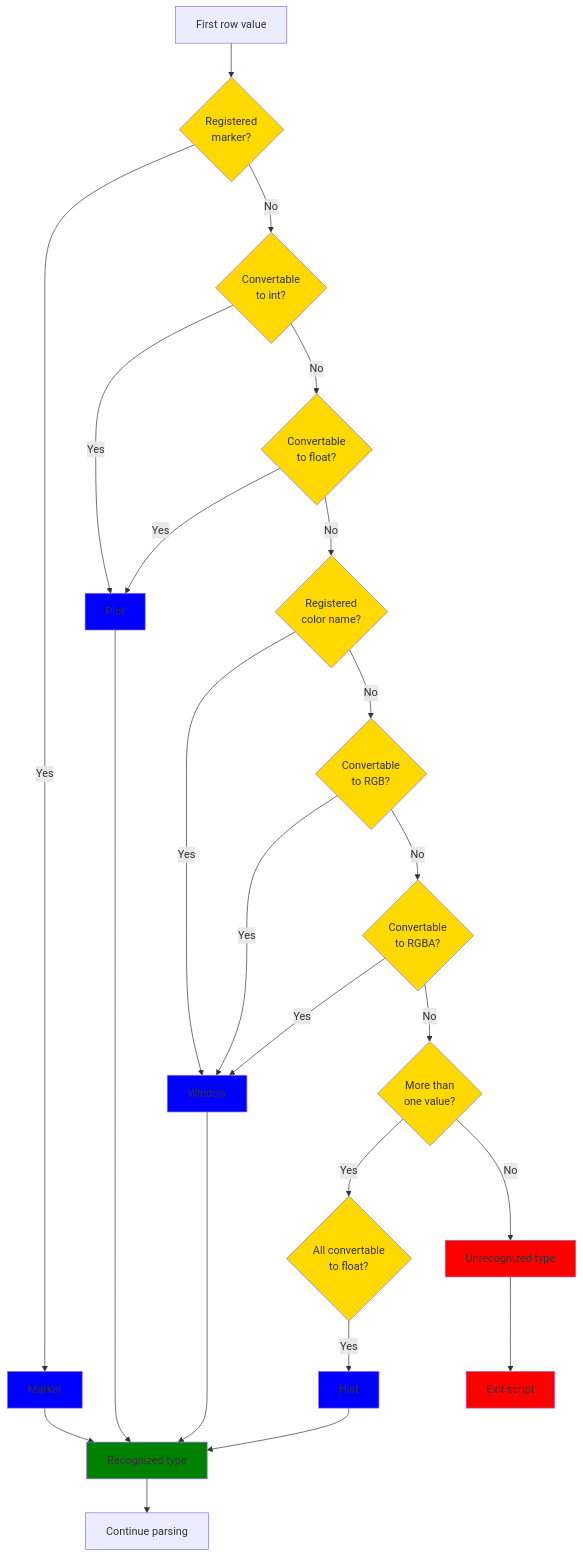
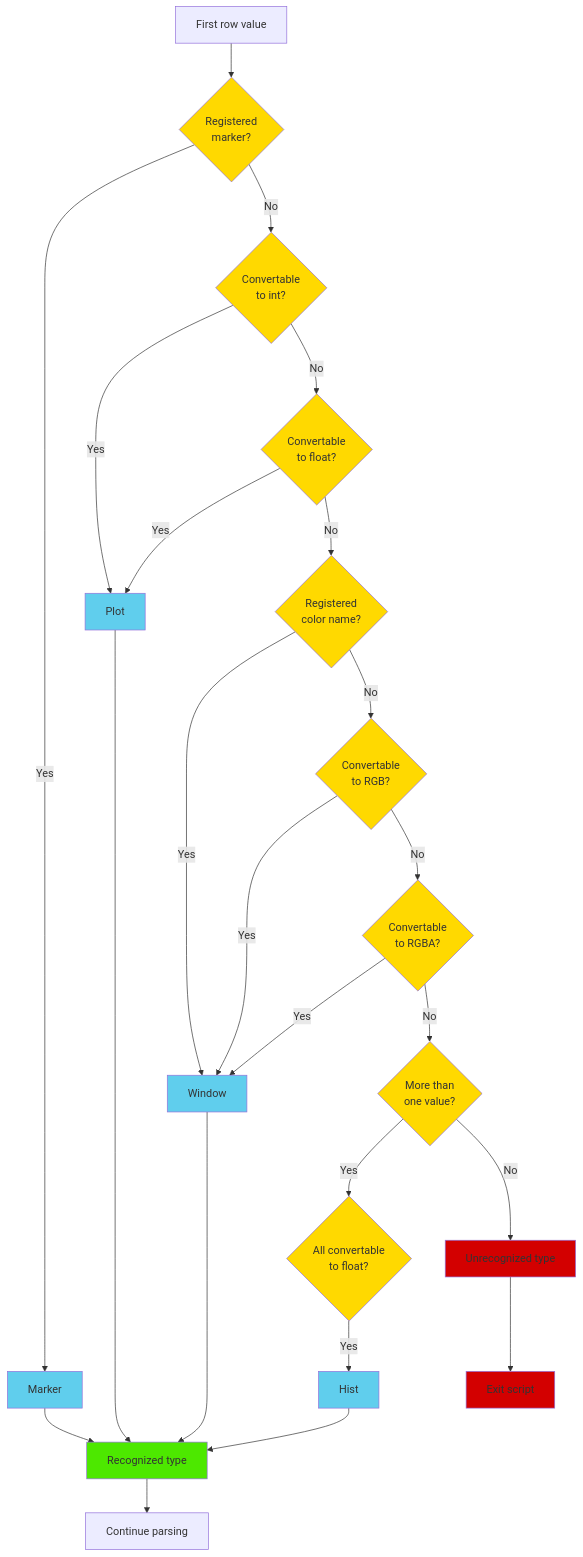
One commit to mahajrod/MCTool changed the second of 2 diagrams in documentation/tracks/track_format.md. Above: the diagram before and after it, drawn with Mermaid. The commit also changed other lines of this file, not shown here.

````diff
--- a/documentation/tracks/track_format.md
+++ b/documentation/tracks/track_format.md
@@ -91,32 +93,32 @@
 ```mermaid
 
 flowchart TD
     Input[First row value] --> MarkerTest{Registered\n marker?}:::BranchingType
     MarkerTest -->|Yes| Marker[Marker]:::ResultType
     Marker --> Result[Recognized type]:::SucessType
     MarkerTest -->|No| PlotTest1{Convertable\n to int?}:::BranchingType
     PlotTest1 -->|Yes| Plot[Plot]:::ResultType
     Plot --> Result
     PlotTest1 -->|No| PlotTest2{Convertable\n to float?}:::BranchingType
     PlotTest2 -->|Yes| Plot[Plot]
     PlotTest2 -->|No| WindowTest1{Registered\n color name?}:::BranchingType
     WindowTest1 -->|Yes| Window[Window]:::ResultType
     Window --> Result
     WindowTest1 -->|No| WindowTest2{Convertable\n  to RGB?}:::BranchingType
     WindowTest2 -->|Yes| Window
     WindowTest2-->|No| WindowTest3{Convertable\n to RGBA?}:::BranchingType
     WindowTest3 -->|Yes| Window
     WindowTest3 -->|No| HistTest1{More than\n one value?}:::BranchingType
     HistTest1 --> |Yes| HistTest2{All convertable\n to float?}:::BranchingType
     HistTest2 --> |Yes| Hist[Hist]:::ResultType
     HistTest1 -->|No| Error[Unrecognized type]:::FailType
     Hist --> Result
 
     Result --> I[Continue parsing]
     Error --> Z[Exit script]:::FailType
     
-    classDef SucessType fill:green,font-color:black
-    classDef FailType fill:red,font-color:black
-    classDef ResultType fill:blue,font-color:black
+    classDef SucessType fill:#4De800,font-color:black
+    classDef FailType fill:#D30000,font-color:black
+    classDef ResultType fill:#60CEED,font-color:black
     classDef BranchingType fill:#FFD900,font-color:black
 ```
````
